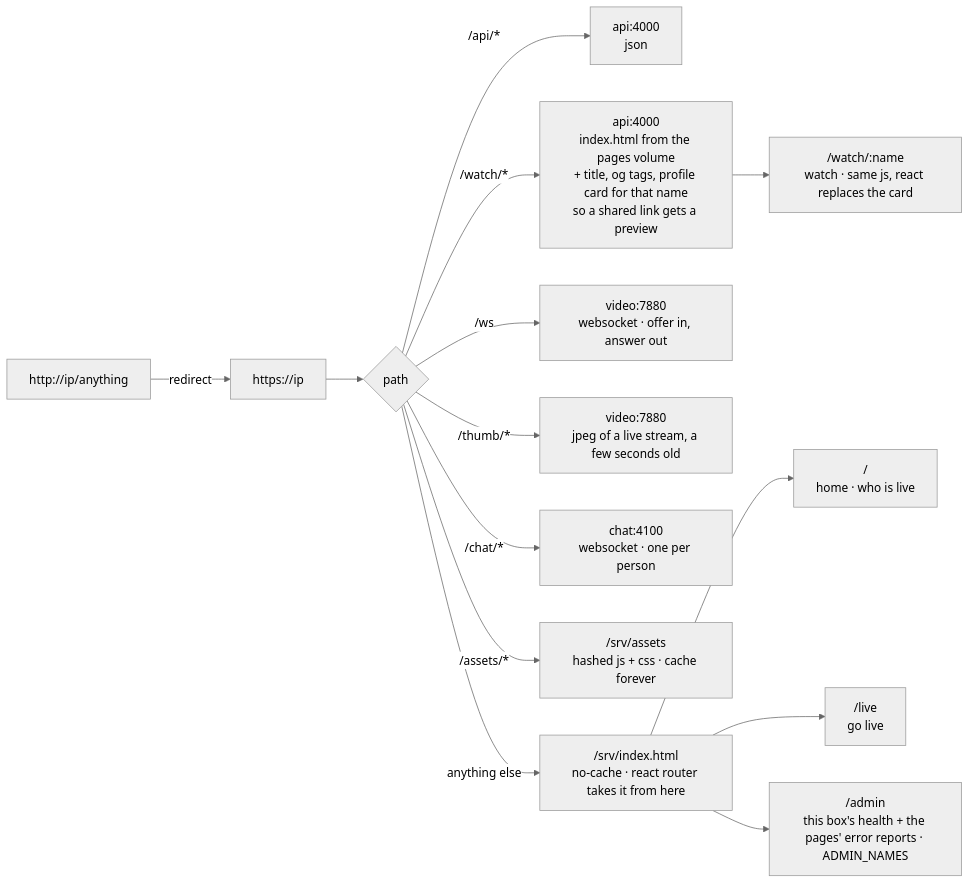
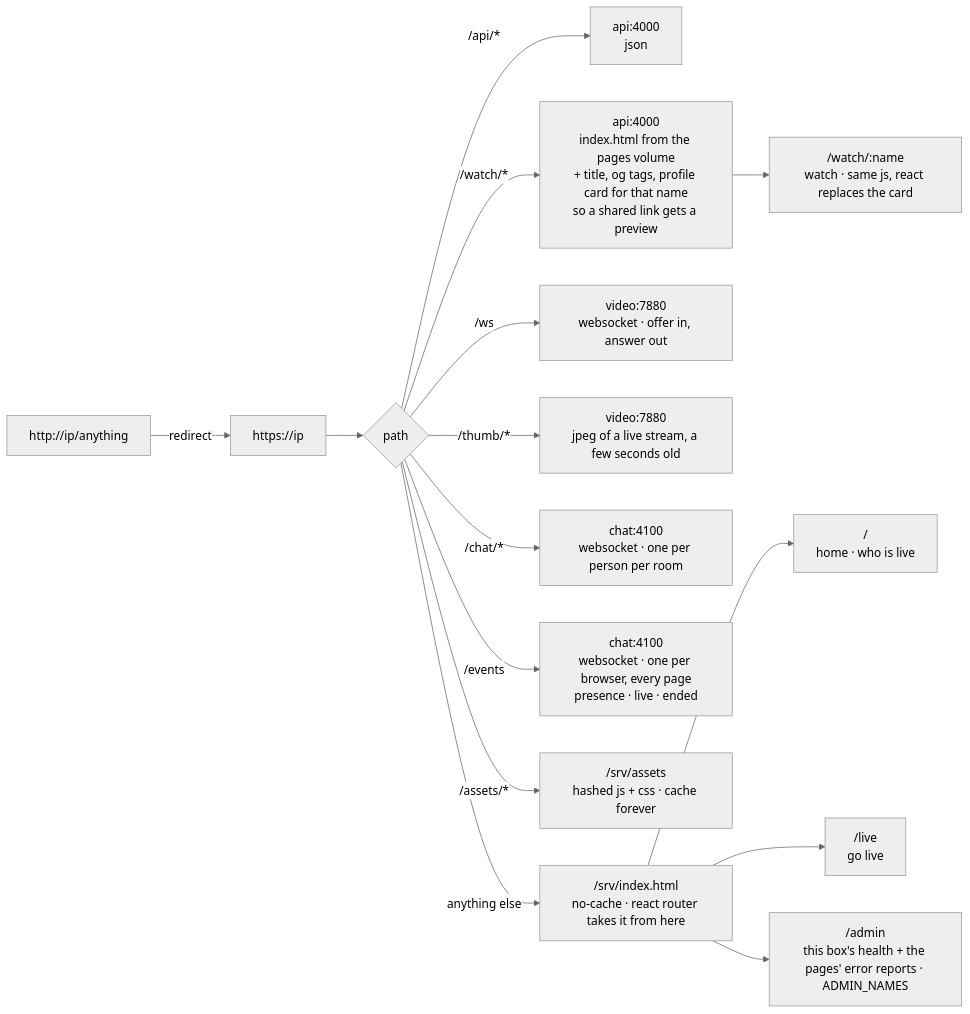
One commit to ZeroNerodaHero/slop-stream-architecture changed the second of 10 diagrams in docs/architecture-picture.md. Above: the diagram before and after it, drawn with Mermaid (neutral theme). The commit also changed other lines of this file and 66 other files, not shown here.

````diff
--- a/docs/architecture-picture.md
+++ b/docs/architecture-picture.md
@@ -56,16 +56,17 @@
 ```mermaid
 flowchart LR
   http["http://ip/anything"] -->|"redirect"| https["https://ip"]
   https --> q{"path"}
   q -->|"/api/*"| api["api:4000<br/>json"]
   q -->|"/watch/*"| doc["api:4000<br/>index.html from the pages volume<br/>+ title, og tags, profile card for that name<br/>so a shared link gets a preview"]
   q -->|"/ws"| vws["video:7880<br/>websocket · offer in, answer out"]
   q -->|"/thumb/*"| vthumb["video:7880<br/>jpeg of a live stream, a few seconds old"]
-  q -->|"/chat/*"| chat["chat:4100<br/>websocket · one per person"]
+  q -->|"/chat/*"| chat["chat:4100<br/>websocket · one per person per room"]
+  q -->|"/events"| events["chat:4100<br/>websocket · one per browser, every page<br/>presence · live · ended"]
   q -->|"/assets/*"| assets["/srv/assets<br/>hashed js + css · cache forever"]
   q -->|"anything else"| spa["/srv/index.html<br/>no-cache · react router takes it from here"]
   spa --> home["/<br/>home · who is live"]
   spa --> live["/live<br/>go live"]
   spa --> admin["/admin<br/>this box's health + the pages' error reports · ADMIN_NAMES"]
   doc --> watch["/watch/:name<br/>watch · same js, react replaces the card"]
 ```
````
